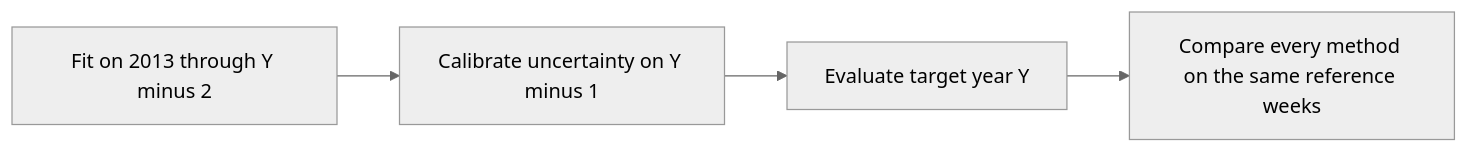
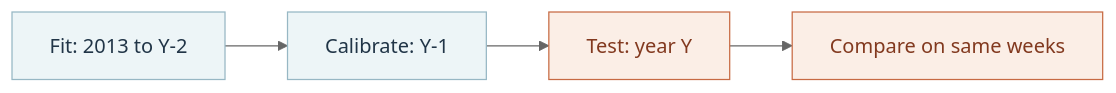
Before and after one commit to polymathicX/Agun-Panjika: the second of 2 diagrams in README.md, drawn with Mermaid (neutral theme). The commit also changed other lines of this file and 1 other file, not shown here.

Commit message:
docs: simplify diagrams and match the Soft Earth palette

````diff
--- a/README.md
+++ b/README.md
@@ -125,6 +132,10 @@
 ```mermaid
 flowchart LR
-  A["Fit on 2013 through Y minus 2"] --> B["Calibrate uncertainty on Y minus 1"]
-  B --> C["Evaluate target year Y"]
-  C --> D["Compare every method on the same reference weeks"]
+  A["Fit: 2013 to Y-2"] --> B["Calibrate: Y-1"]
+  B --> C["Test: year Y"]
+  C --> D["Compare on same weeks"]
+  classDef past fill:#edf5f7,stroke:#97b7c4,color:#213547
+  classDef test fill:#fbeee6,stroke:#c76a43,color:#82391f
+  class A,B past
+  class C,D test
 ```
````
